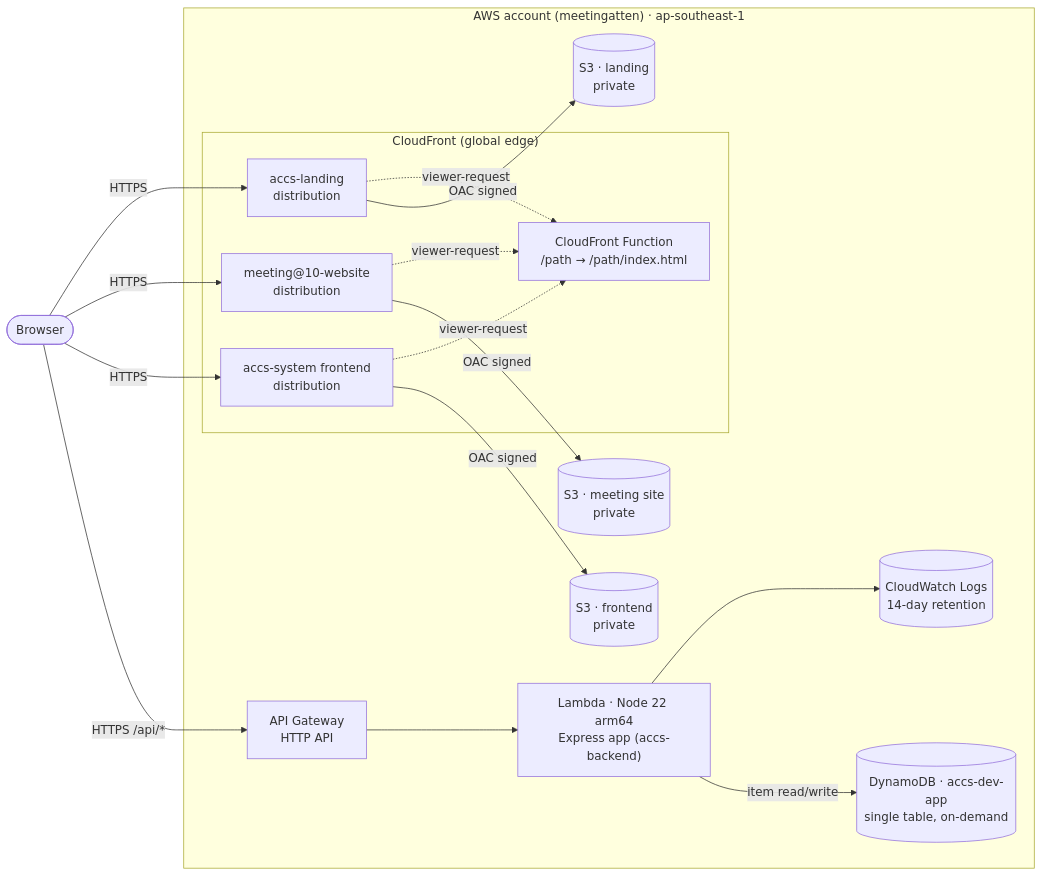
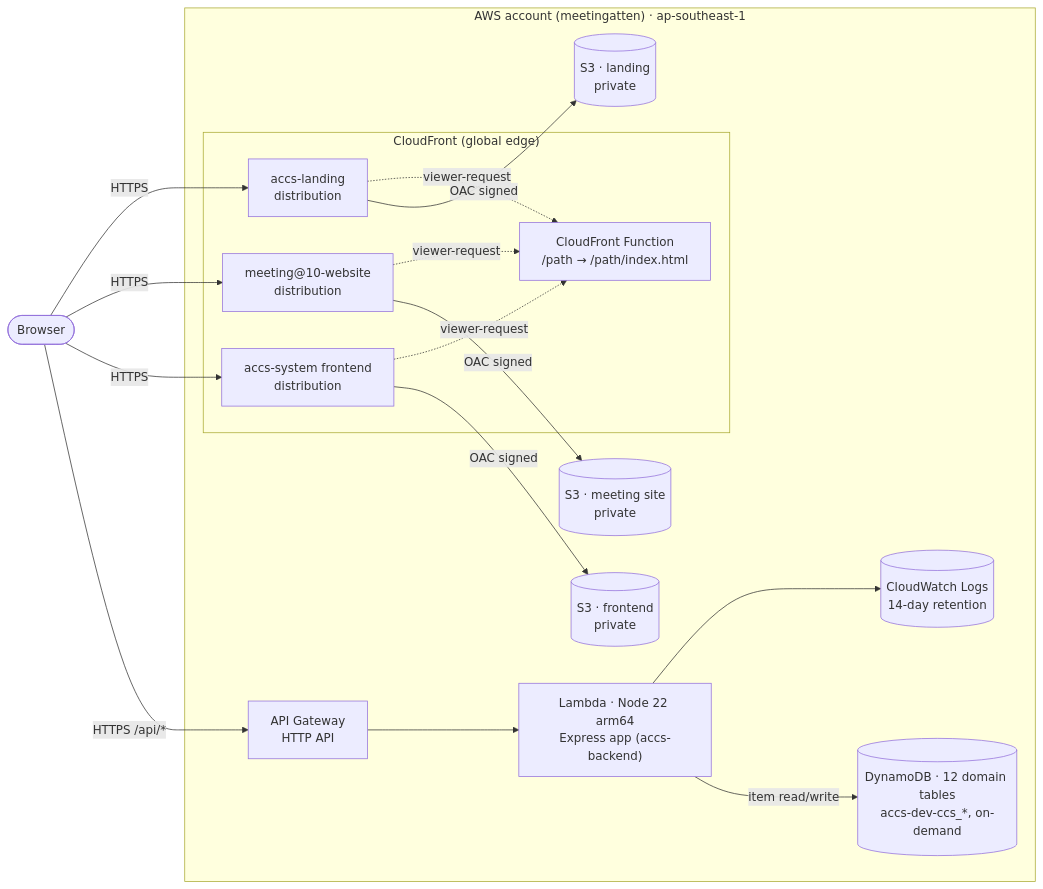
One commit to MeetingAt10/accs-architecture changed the first of 4 diagrams in README.md. Above: the diagram before and after it, drawn with Mermaid. The commit also changed other lines of this file and 5 other files, not shown here.

First line of the commit message:
feat: replace the single app table with the twelve DOC006 tables

````diff
--- a/README.md
+++ b/README.md
@@ -22,30 +22,30 @@
 ```mermaid
 flowchart LR
   user([Browser])
 
   subgraph aws["AWS account (meetingatten) · ap-southeast-1"]
     subgraph edge["CloudFront (global edge)"]
       cfLanding["accs-landing<br/>distribution"]
       cfMeeting["meeting@10-website<br/>distribution"]
       cfApp["accs-system frontend<br/>distribution"]
       fn["CloudFront Function<br/>/path → /path/index.html"]
     end
 
     s3Landing[("S3 · landing<br/>private")]
     s3Meeting[("S3 · meeting site<br/>private")]
     s3App[("S3 · frontend<br/>private")]
 
     apigw["API Gateway<br/>HTTP API"]
     lambda["Lambda · Node 22 arm64<br/>Express app (accs-backend)"]
     logs[("CloudWatch Logs<br/>14-day retention")]
-    ddb[("DynamoDB · accs-dev-app<br/>single table, on-demand")]
+    ddb[("DynamoDB · 12 domain tables<br/>accs-dev-ccs_*, on-demand")]
   end
 
   user -->|HTTPS| cfLanding & cfMeeting & cfApp
   cfLanding & cfMeeting & cfApp -. viewer-request .-> fn
   cfLanding -->|OAC signed| s3Landing
   cfMeeting -->|OAC signed| s3Meeting
   cfApp -->|OAC signed| s3App
   user -->|HTTPS /api/*| apigw --> lambda --> logs
   lambda -->|item read/write| ddb
 ```
````
